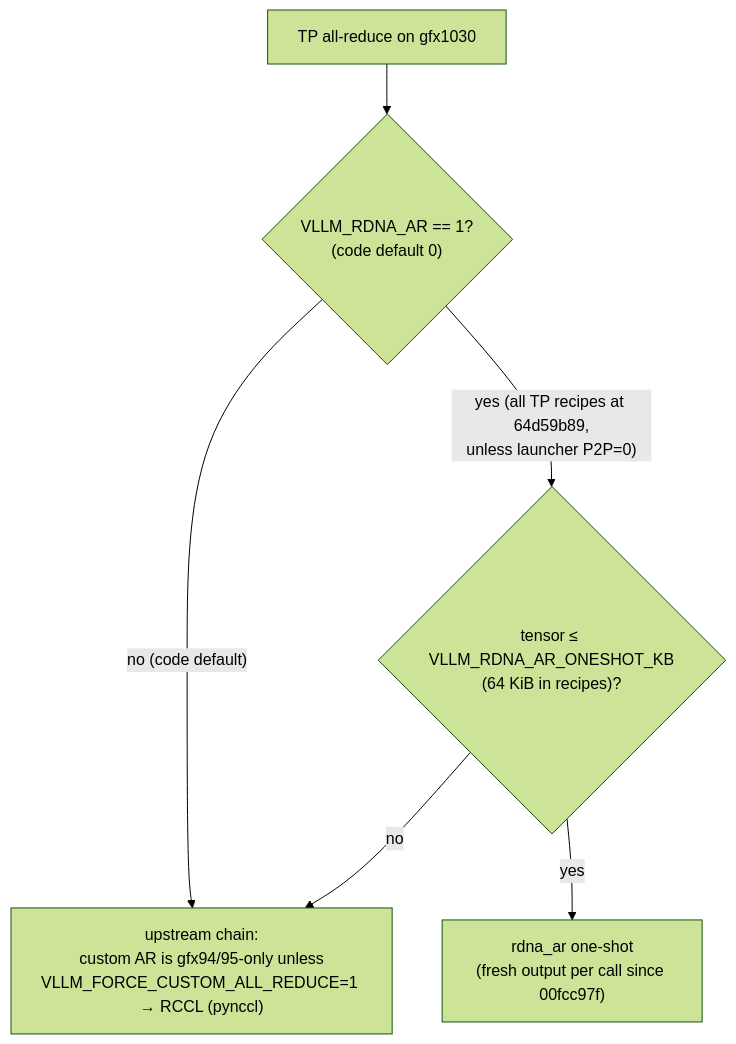
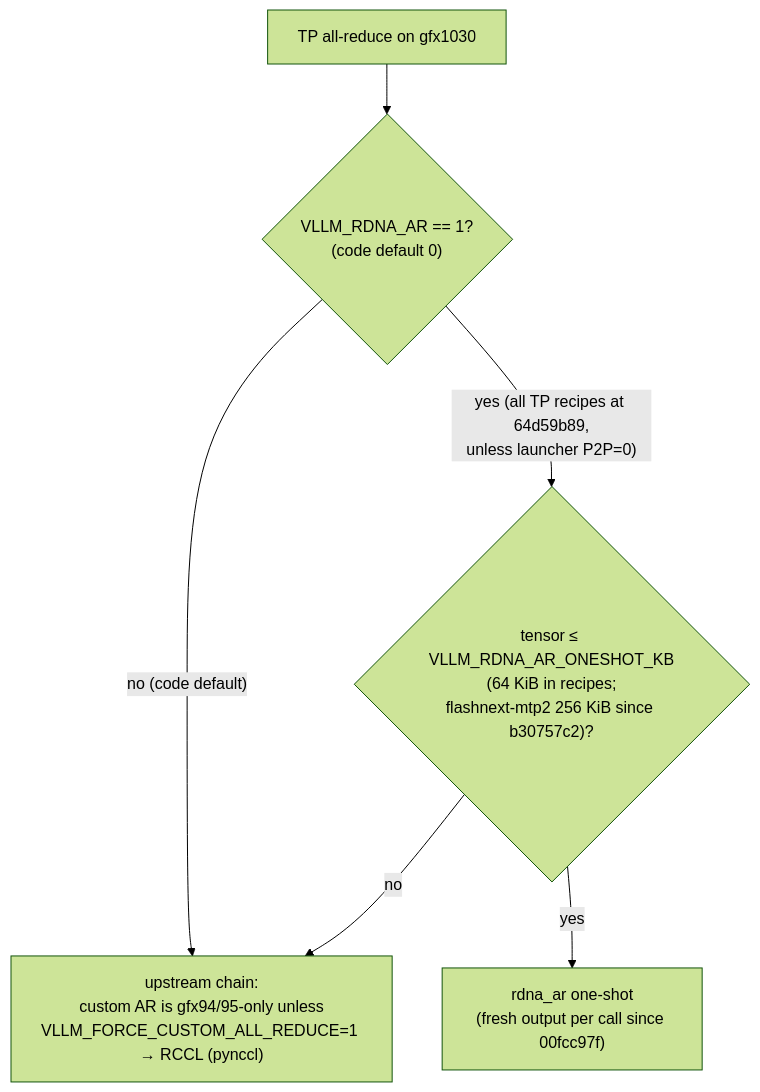
One commit to BlivionIaG/rdna-hip-wiki changed the diagram in fork/serve-locks.md. Above: the diagram before and after it, drawn with Mermaid (forest theme). The commit also changed other lines of this file and 2 other files, not shown here.

Commit message:
silicon: rdna_extras b30757c2 HIP delta (HC split-K ticketed fixed-order reduction, HC injection output, shared-expert gate block + M<=32 guarded, MoE align EP, flashnext-mtp2 AR gate 256 KiB)

````diff
--- a/fork/serve-locks.md
+++ b/fork/serve-locks.md
@@ -67,8 +68,8 @@
 ```mermaid
 flowchart TD
   A["TP all-reduce on gfx1030"] --> B{"VLLM_RDNA_AR == 1?<br/>(code default 0)"}
   B -- "no (code default)" --> R["upstream chain:<br/>custom AR is gfx94/95-only unless<br/>VLLM_FORCE_CUSTOM_ALL_REDUCE=1 → RCCL (pynccl)"]
-  B -- "yes (all TP recipes at 64d59b89,<br/>unless launcher P2P=0)" --> C{"tensor ≤ VLLM_RDNA_AR_ONESHOT_KB<br/>(64 KiB in recipes)?"}
+  B -- "yes (all TP recipes at 64d59b89,<br/>unless launcher P2P=0)" --> C{"tensor ≤ VLLM_RDNA_AR_ONESHOT_KB<br/>(64 KiB in recipes;<br/>flashnext-mtp2 256 KiB since b30757c2)?"}
   C -- yes --> O["rdna_ar one-shot<br/>(fresh output per call since 00fcc97f)"]
   C -- no --> R
 ```
````
